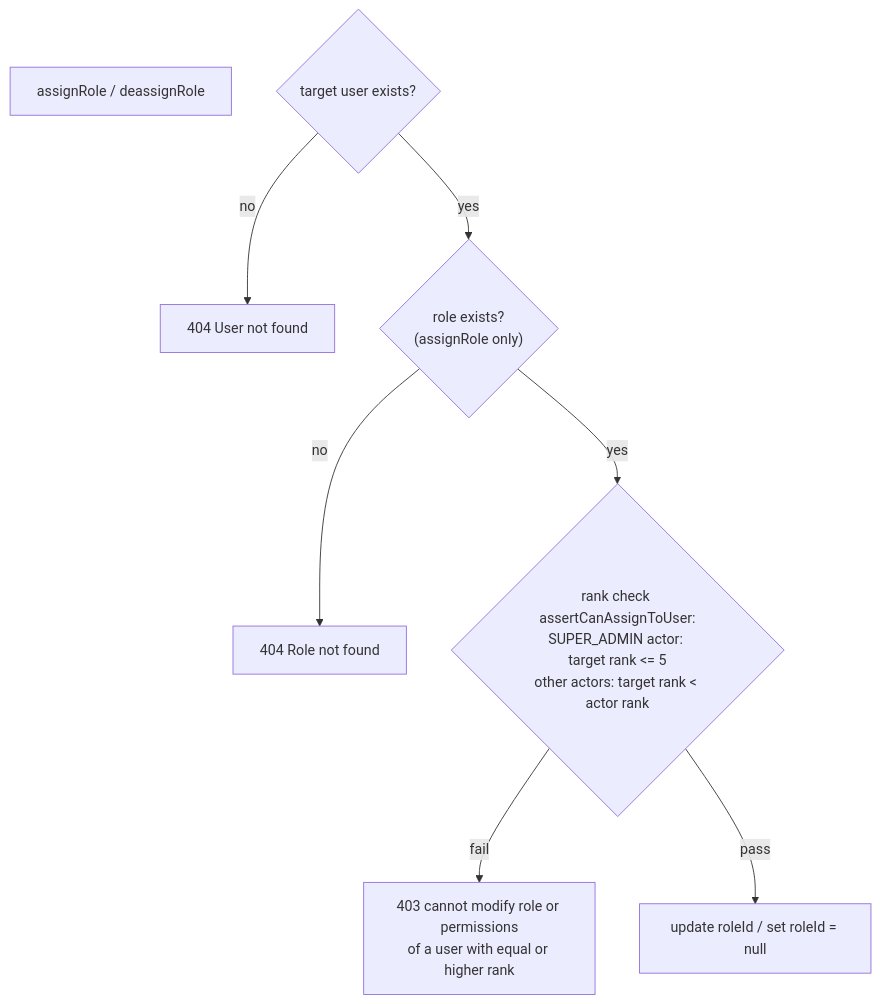
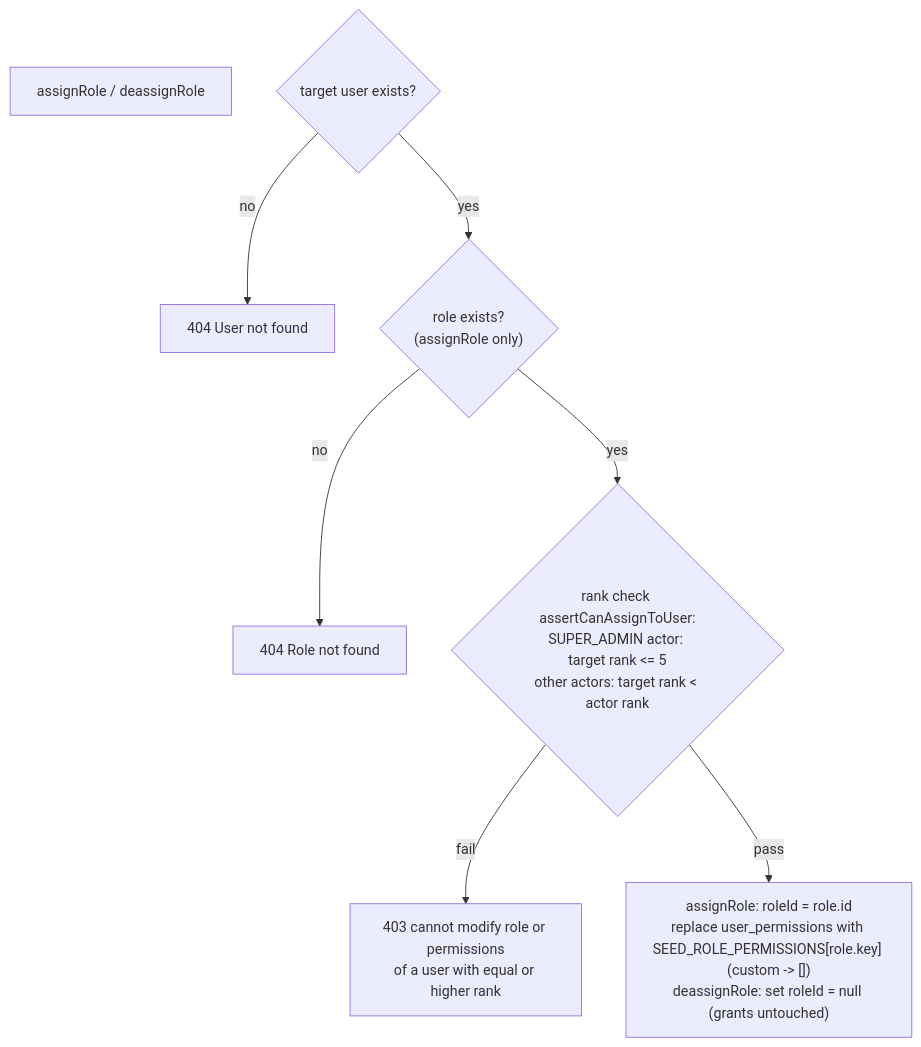
The third of 5 diagrams in src/modules/users/workflow.md (DevBassel/saas_commerce), drawn with Mermaid before and after one commit. The commit also changed other lines of this file and 12 other files, not shown here.

Commit message:
fix: refactor RBAC and remove roles group and relation with perms, add perms on creating user basd on role

````diff
--- a/src/modules/users/workflow.md
+++ b/src/modules/users/workflow.md
@@ -51,9 +81,9 @@
 ```mermaid
 flowchart TD
 ROLE["assignRole / deassignRole"]
         A1{"target user exists?"} -->|"no"| A1E["404 User not found"]
         A1 -->|"yes"| A2{"role exists?<br/>(assignRole only)"} -->|"no"| A2E["404 Role not found"]
         A2 -->|"yes"| A3{"rank check assertCanAssignToUser:<br/>SUPER_ADMIN actor: target rank <= 5<br/>other actors: target rank < actor rank"}
         A3 -->|"fail"| A3E["403 cannot modify role or permissions<br/>of a user with equal or higher rank"]
-        A3 -->|"pass"| A4["update roleId / set roleId = null"]
+        A3 -->|"pass"| A4["assignRole: roleId = role.id<br/>replace user_permissions with SEED_ROLE_PERMISSIONS[role.key] (custom -> [])<br/>deassignRole: set roleId = null (grants untouched)"]
 ```
````
